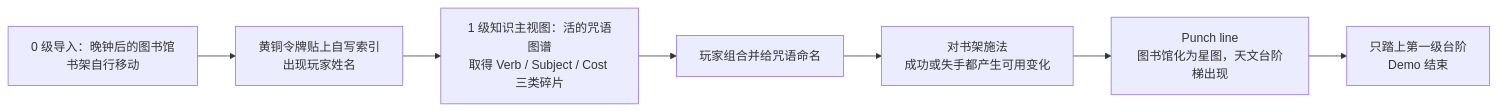
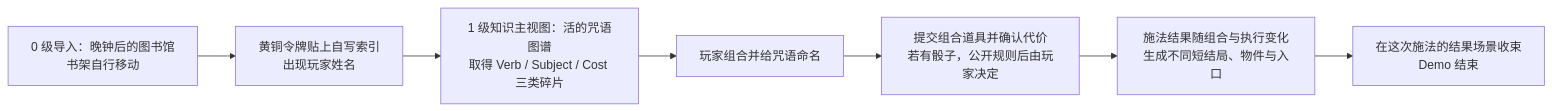
The ninth of 9 diagrams in docs/doc-24-五世界可玩Demo体验设计.md (LudicDynamics/hackathon), drawn with Mermaid before and after one commit. The commit also changed other lines of this file and 11 other files, not shown here.

````diff
--- a/docs/doc-24-五世界可玩Demo体验设计.md
+++ b/docs/doc-24-五世界可玩Demo体验设计.md
@@ -397,9 +409,9 @@
 ```mermaid
 flowchart LR
     A["0 级导入：晚钟后的图书馆<br/>书架自行移动"] --> B["黄铜令牌贴上自写索引<br/>出现玩家姓名"]
     B --> C["1 级知识主视图：活的咒语图谱<br/>取得 Verb / Subject / Cost 三类碎片"]
     C --> D["玩家组合并给咒语命名"]
-    D --> E["对书架施法<br/>成功或失手都产生可用变化"]
-    E --> F["Punch line<br/>图书馆化为星图，天文台阶梯出现"]
-    F --> G["只踏上第一级台阶<br/>Demo 结束"]
+    D --> E["提交组合道具并确认代价<br/>若有骰子，公开规则后由玩家决定"]
+    E --> F["施法结果随组合与执行变化<br/>生成不同短结局、物件与入口"]
+    F --> G["在这次施法的结果场景收束<br/>Demo 结束"]
 ```
````
